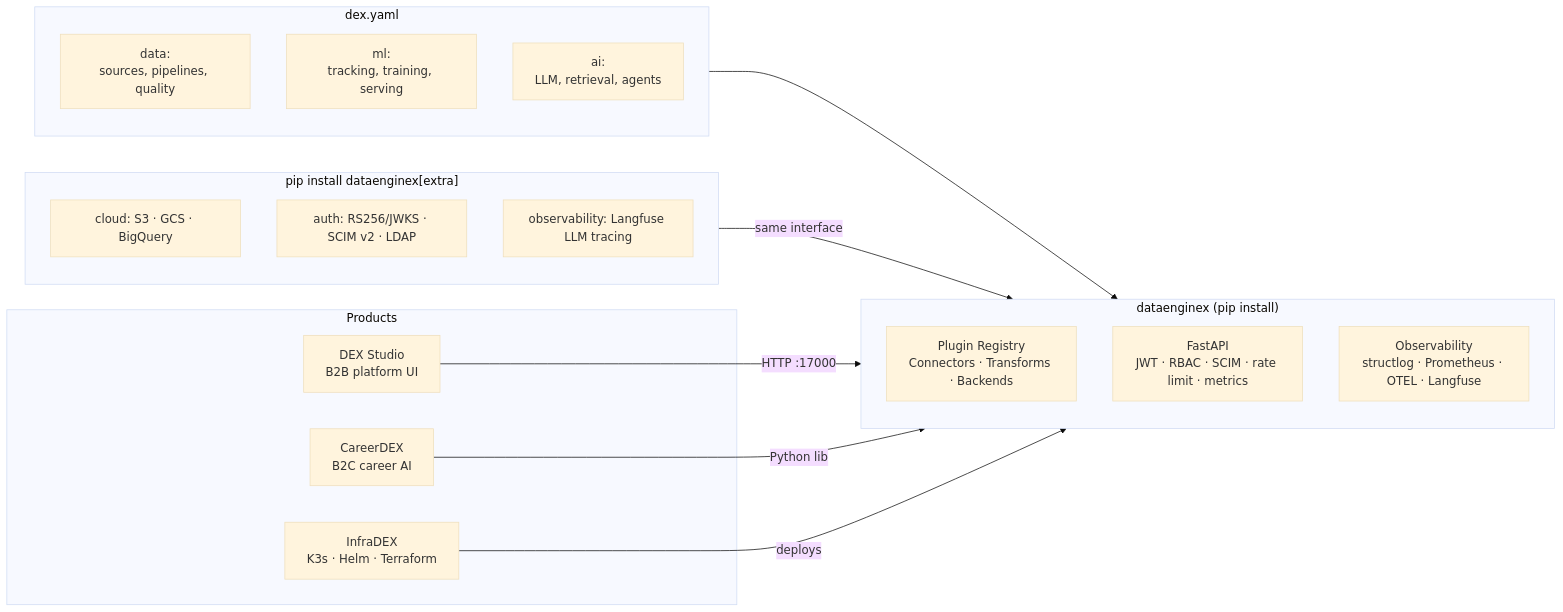
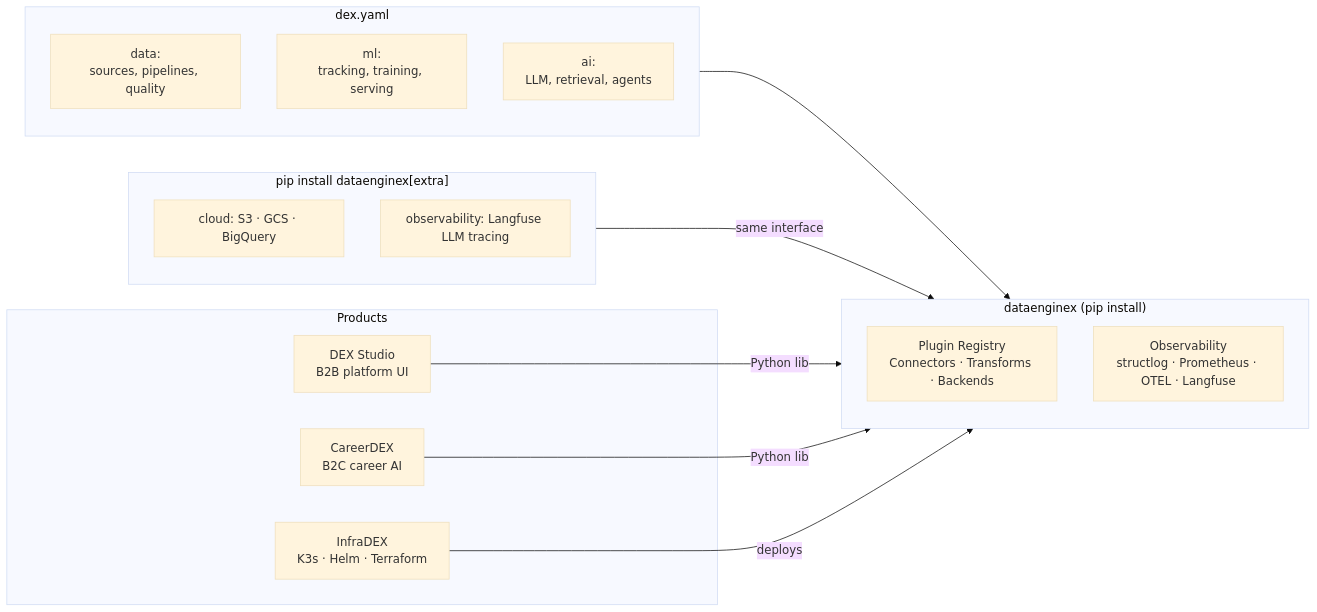
The diagram in profile/README.md (TheDataEngineX/.github), drawn with Mermaid (base theme) before and after one commit. The commit also changed other lines of this file and 6 other files, not shown here.

First line of the commit message:
fix: update org README for pure-library architecture

````diff
--- a/profile/README.md
+++ b/profile/README.md
@@ -24,35 +24,33 @@
 ```mermaid
 graph LR
     subgraph Config ["dex.yaml"]
         direction TB
         DC[data:\nsources, pipelines, quality]
         MC[ml:\ntracking, training, serving]
         AC[ai:\nLLM, retrieval, agents]
     end
 
     subgraph Core ["dataenginex (pip install)"]
         direction TB
         REG[Plugin Registry\nConnectors · Transforms · Backends]
-        API[FastAPI\nJWT · RBAC · SCIM · rate limit · metrics]
         OB[Observability\nstructlog · Prometheus · OTEL · Langfuse]
     end
 
     subgraph Extras ["pip install dataenginex[extra]"]
         CL[cloud: S3 · GCS · BigQuery]
-        AU[auth: RS256/JWKS · SCIM v2 · LDAP]
         OV[observability: Langfuse LLM tracing]
     end
 
     Config --> Core
     Extras -->|same interface| Core
 
     subgraph Products
         B2B[DEX Studio\nB2B platform UI]
         B2C[CareerDEX\nB2C career AI]
         INF[InfraDEX\nK3s · Helm · Terraform]
     end
 
-    B2B -->|HTTP :17000| Core
+    B2B -->|Python lib| Core
     B2C -->|Python lib| Core
     INF -->|deploys| Core
 ```
````
